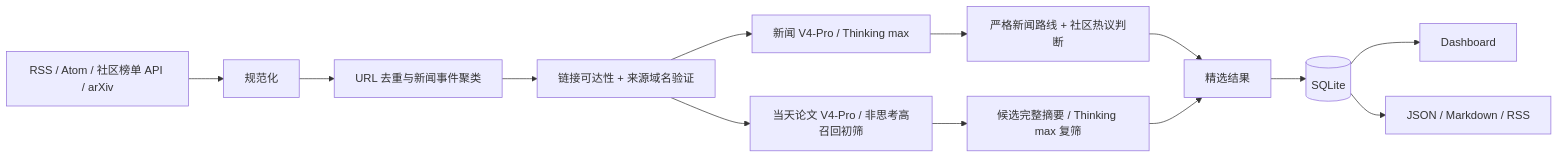
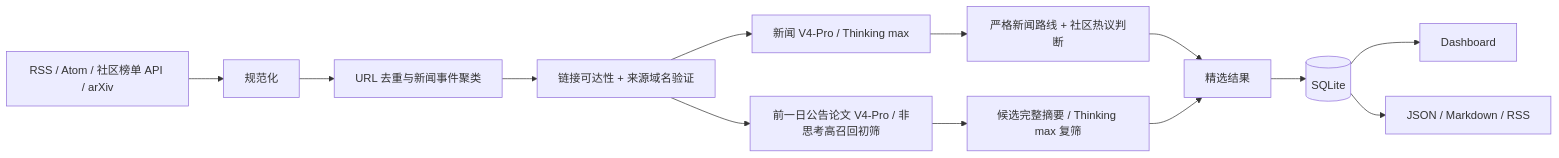
The diagram in README.md (Allthingsone/daily-ai-radar), drawn with Mermaid before and after one commit. The commit also changed other lines of this file and 34 other files, not shown here.

````diff
--- a/README.md
+++ b/README.md
@@ -95,15 +95,15 @@
 ```mermaid
 flowchart LR
     A[RSS / Atom / 社区榜单 API / arXiv] --> B[规范化]
     B --> C[URL 去重与新闻事件聚类]
     C --> V[链接可达性 + 来源域名验证]
     V --> D[新闻 V4-Pro / Thinking max]
-    V --> T[当天论文 V4-Pro / 非思考高召回初筛]
+    V --> T[前一日公告论文 V4-Pro / 非思考高召回初筛]
     T --> F[候选完整摘要 / Thinking max 复筛]
     D --> E[严格新闻路线 + 社区热议判断]
     E --> H[精选结果]
     F --> H
     H --> I[(SQLite)]
     I --> J[Dashboard]
     I --> K[JSON / Markdown / RSS]
 ```
````
